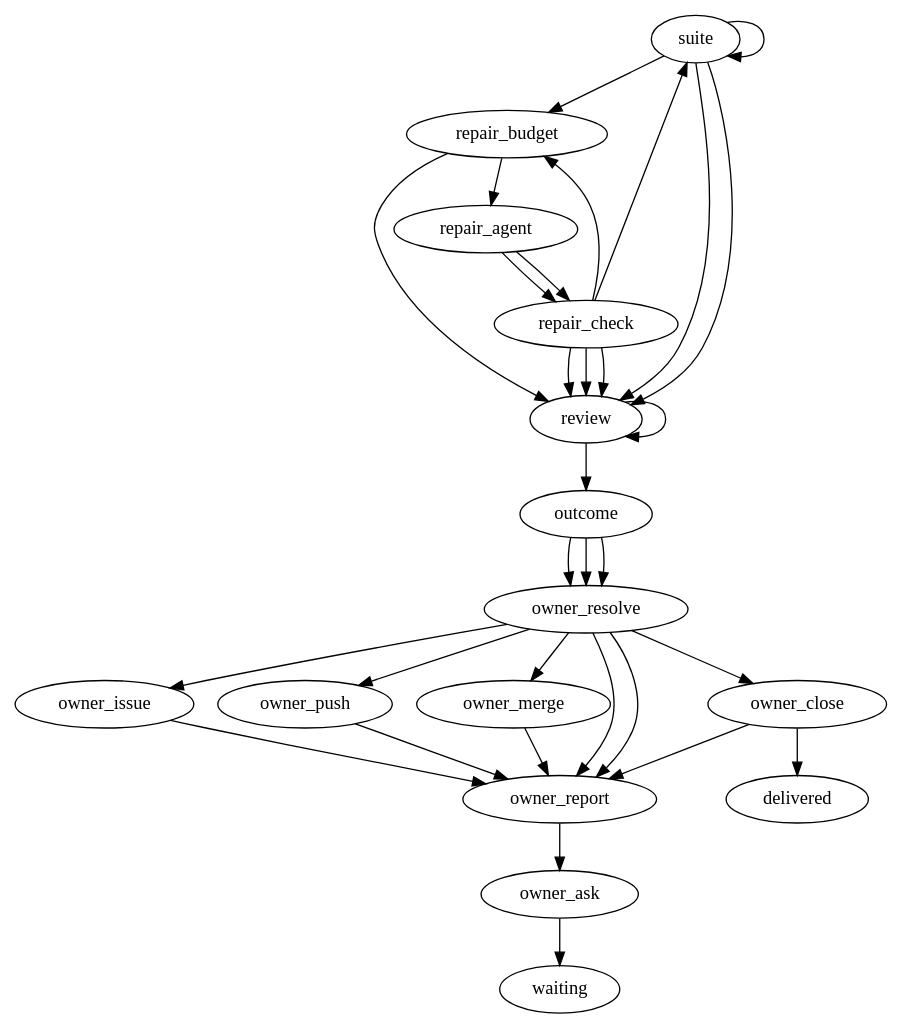
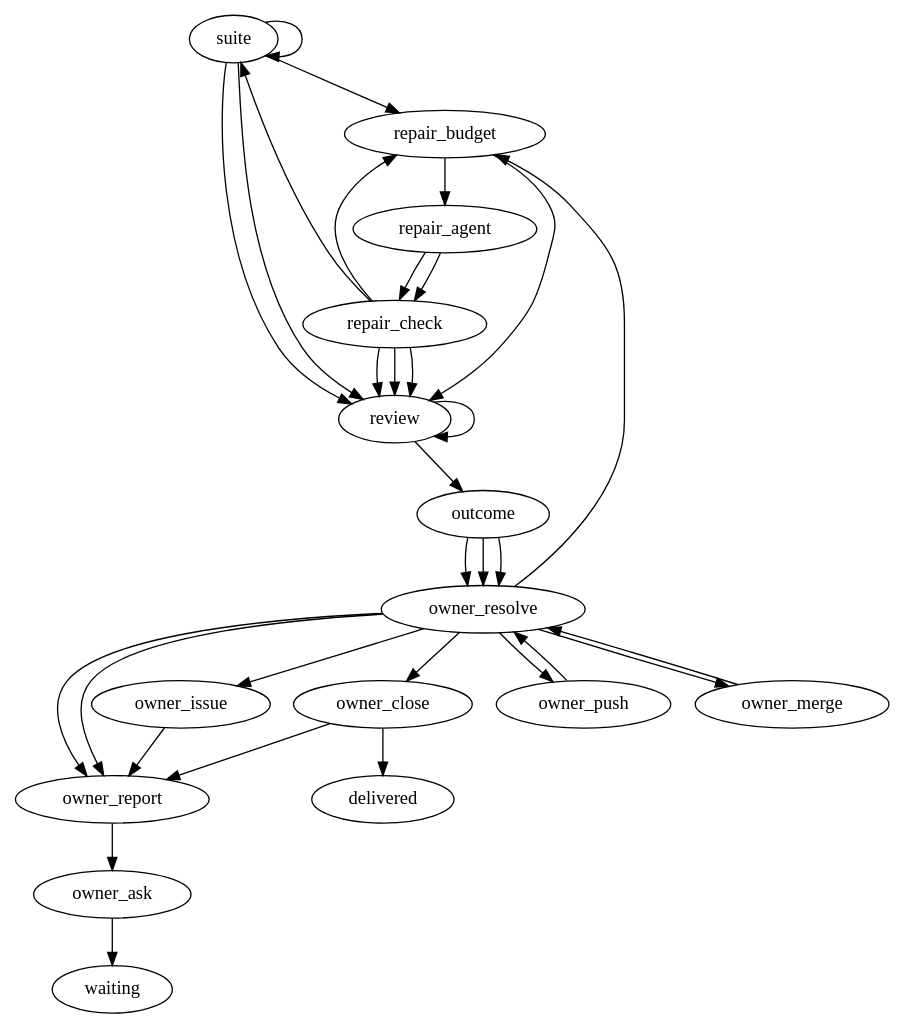
One commit to marioatcloudvane/litefactory changed the diagram in teams/swift-ios/v1.0.0/validate/validate.dot. Above: the diagram before and after it, drawn with Graphviz. The commit also changed 4828 other files, not shown here.

```diff
--- a/teams/swift-ios/v1.0.0/validate/validate.dot
+++ b/teams/swift-ios/v1.0.0/validate/validate.dot
@@ -1,112 +1,126 @@
 // Validate checks the code a story branch holds. The factory first runs the full
 // suite on one exact commit. A passed suite goes straight to review. A failed
 // suite gets at most two repair rounds from one write-access agent; the factory
 // measures what the agent really changed, keeps a small change as a new commit
 // and runs the suite on it again, and rejects a change over the limits. Three
 // read-only reviewers then assess the final tested commit side by side. The run
 // ends in one of three ends: assessed, handed back to Implement, or blocked.
 //
 // This file is the only place the flow lives. Order, branches, the repair bound,
 // the time budget, the measured limits and the reviewers are all declared here.
 // Go supplies steps; it never picks the next step.
 //
 // After the outcome the owner side begins. The run resolves the owner's reply,
 // refreshes the one report comment and waits for the owner through the existing
 // graph wait; the owner's reply re-enters the resolve step. Every remote effect
 // (follow-up issue, push with pull request, merge, close) is its own step and is
 // reached only from the owner's own command, so one confirmation never implies
-// the next. The run succeeds only after the close step has closed the accepted
+// the next, except the explicit /validate-ship: push and merge return to the
+// resolve step, which carries a ship command on push -> merge -> close until a
+// step fails or delivery ends, and returns to the owner wait after any other
+// command. The run succeeds only after the close step has closed the accepted
 // issues, and the resolve loop is bounded by its lf_limit.
+//
+// The owner may choose repair for a finding. Once every blocking finding of the
+// tested commit has a choice, the repair reply starts one repair round for all
+// findings chosen for repair, through the same repair nodes and within the same
+// two-round bound as a failed suite. A kept repair is a new commit, so the suite
+// and the reviewers run again on it; a rejected or spent repair returns to the
+// owner report with its reason. Pending owner checks do not hold the round back.
 //
 // The repair bound is two rounds. Every round is counted from the moment it
 // starts, so a round that times out or is interrupted is used. The time budget
 // is in agent minutes and does not include the time the suite runs. The limits
 // of one repair are the number of files and the kinds of change that are not
 // allowed: package layout, dependencies, schema, public API, a deleted or
 // skipped test and a changed acceptance criterion.
 //
 // Every path to an end passes through review, so a failed or blocked suite still
 // gets static findings. The outcome step decides the end from the recorded
 // facts: a passed suite ends assessed, a suite that still fails ends handed back
 // with what Implement must change, and a suite that could not give a trustworthy
 // answer ends blocked with its reason. Nothing here accepts or approves.
 digraph validate {
  graph [team="swift-ios", mode="validate", profile_version="1", start="suite"];
 
  // ---- Test the commit ---------------------------------------------------------
  // A finished result for the commit is reused as it is. The suite runs again
  // only on a new commit made by a kept repair.
  suite [lf_action="lf_validate_suite", lf_outcomes="passed,failed,blocked,retry", lf_limit="16"];
 
  // ---- Repair loop (at most two rounds) ---------------------------------------
  repair_budget [lf_action="lf_validate_repair_budget", lf_outcomes="run,spent", lf_rounds="2", lf_suite="suite", lf_limit="6"];
- repair_agent  [lf_action="lf_agent", lf_outcomes="success,failed", lf_agent_markdown="validate-repair", lf_skills="validate-repair-report,team-guidance", lf_access="write", lf_budget="15", lf_limit="2"];
+ repair_agent  [lf_action="lf_agent", lf_outcomes="success,failed", lf_agent_markdown="validate-repair", lf_skills="validate-repair-report,swift-ios-boundaries", lf_access="write", lf_budget="15", lf_limit="2"];
  repair_check  [lf_action="lf_validate_repair_check", lf_outcomes="kept,too_big,handback,unfinished,blocked", lf_max_files="3", lf_forbid="package,dependency,schema,api,tests,criteria", lf_source="repair_agent", lf_suite="suite", lf_limit="4"];
 
  // ---- Review the final tested commit (read-only, side by side) ----------------
- review [lf_action="lf_validate_review", lf_outcomes="done,retry", lf_roles="validate-acceptance,validate-code,validate-architecture", lf_skills="validate-review,team-guidance", lf_suite="suite", lf_limit="32"];
+ review [lf_action="lf_validate_review", lf_outcomes="done,retry", lf_roles="validate-acceptance,validate-code,validate-architecture", lf_skills="validate-review,swift-ios-boundaries", lf_suite="suite", lf_limit="32"];
 
  // ---- Join the findings and record the end -------------------------------------
- outcome [lf_action="lf_validate_outcome", lf_outcomes="assessed,handed_back,blocked", lf_suite="suite", lf_limit="2"];
+ // It is reached once for the first end and once more after each owner repair
+ // round and after a spent repair budget; on an unchanged commit it reuses the
+ // recorded end.
+ outcome [lf_action="lf_validate_outcome", lf_outcomes="assessed,handed_back,blocked", lf_suite="suite", lf_limit="4"];
 
  // ---- Owner resolution ----------------------------------------------------------
  // The loop limit is lf_limit on resolve. When it runs out the run stops and
  // nothing is approved, because every effect needs a command inside the loop.
- owner_resolve [lf_action="lf_validate_resolve", lf_outcomes="wait,create_issue,push,merge,close,stale", lf_suite="suite", lf_limit="24"];
+ owner_resolve [lf_action="lf_validate_resolve", lf_outcomes="wait,create_issue,push,merge,close,stale,repair", lf_suite="suite", lf_limit="24"];
  owner_report  [lf_action="lf_validate_report", lf_outcomes="done", lf_limit="64"];
  owner_ask     [lf_action="lf_validate_ask", lf_outcomes="published", lf_source="owner_resolve", lf_limit="32"];
  owner_issue   [lf_action="lf_validate_issue", lf_outcomes="done", lf_limit="24"];
  owner_push    [lf_action="lf_validate_push", lf_outcomes="done", lf_limit="8"];
  owner_merge   [lf_action="lf_validate_merge", lf_outcomes="done", lf_limit="8"];
  owner_close   [lf_action="lf_validate_close", lf_outcomes="closed,open", lf_limit="8"];
 
  // ---- Ends ------------------------------------------------------------------------
  // waiting rests on the owner; delivered is reached only from a closed close.
  waiting   [lf_terminal="true"];
  delivered [lf_terminal="true"];
 
  // A passed suite needs no repair; a blocked one is not a code failure, so it is
  // not repaired either. A failed suite starts a repair round.
  suite -> review        [lf_on="passed"];
  suite -> repair_budget [lf_on="failed"];
  suite -> review        [lf_on="blocked"];
  suite -> suite         [lf_on="retry"];
 
  // One round: start it (this settles any round a restart left behind), run the
  // agent, measure the real change. A kept change is a new commit and is tested
  // again. A change that is too big, a diagnosis that is a handback and a round
  // that cannot be measured go to review. A round that did not finish, such as a
  // timeout, is used up; the budget decides whether another round may start.
  repair_budget -> repair_agent  [lf_on="run"];
  repair_budget -> review        [lf_on="spent"];
  repair_agent  -> repair_check  [lf_on="success"];
  repair_agent  -> repair_check  [lf_on="failed"];
  repair_check  -> suite         [lf_on="kept"];
  repair_check  -> review        [lf_on="too_big"];
  repair_check  -> review        [lf_on="handback"];
  repair_check  -> repair_budget [lf_on="unfinished"];
  repair_check  -> review        [lf_on="blocked"];
 
  review  -> outcome [lf_on="done"];
  review  -> review  [lf_on="retry"];
 
  // Every end goes to the owner: an assessed run asks what to do with the
  // findings, a handed back or blocked one shows why and what is open.
  outcome -> owner_resolve [lf_on="assessed"];
  outcome -> owner_resolve [lf_on="handed_back"];
  outcome -> owner_resolve [lf_on="blocked"];
 
  owner_resolve -> owner_report       [lf_on="wait"];
  owner_resolve -> owner_report       [lf_on="stale"];
  owner_resolve -> owner_issue        [lf_on="create_issue"];
+ owner_resolve -> repair_budget      [lf_on="repair"];
  owner_resolve -> owner_push         [lf_on="push"];
  owner_resolve -> owner_merge        [lf_on="merge"];
  owner_resolve -> owner_close        [lf_on="close"];
  owner_issue -> owner_report       [lf_on="done"];
- owner_push -> owner_report       [lf_on="done"];
- owner_merge -> owner_report       [lf_on="done"];
+ owner_push -> owner_resolve      [lf_on="done"];
+ owner_merge -> owner_resolve      [lf_on="done"];
  owner_close -> delivered    [lf_on="closed"];
  owner_close -> owner_report       [lf_on="open"];
  owner_report -> owner_ask          [lf_on="done"];
  owner_ask -> waiting      [lf_on="published"];
 }
```
